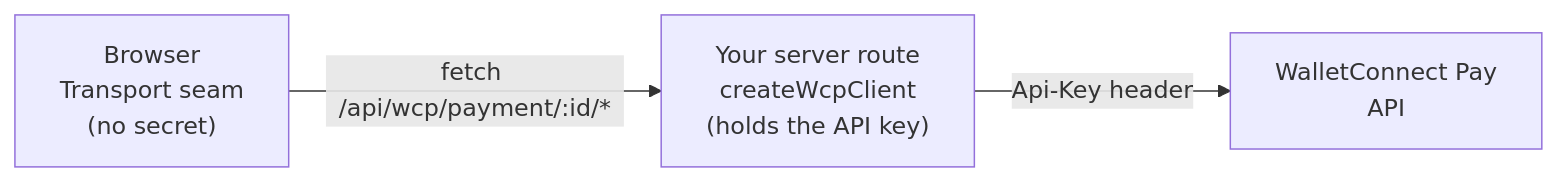
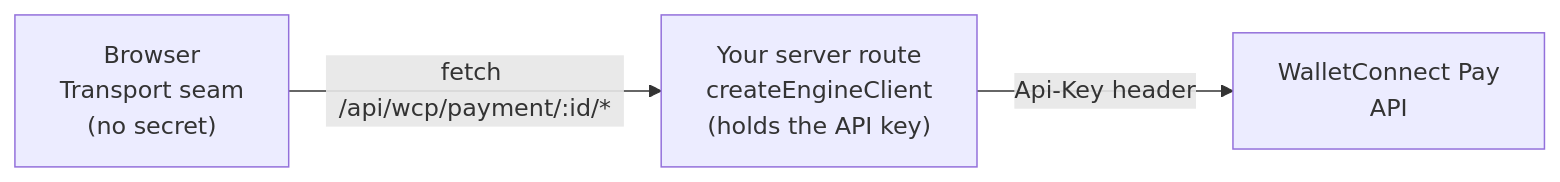
The second of 2 diagrams in payments/psps/headless-sdk/how-it-works.mdx (WalletConnect/docs), drawn with Mermaid before and after one commit. The commit also changed other lines of this file and 2 other files, not shown here.

Commit message:
docs(headless-sdk): revert code-symbol rename, keep WCP prose
#95 renamed the code identifiers (createEngineClient → createWcpClient,
EngineClient → WcpClient, EngineClientConfig → WcpClientConfig) but the
published @walletconnect/pay-core still exports the Engine* names, so the
examples no longer compile. Revert just those symbols; keep all the
Engine→WCP prose. Re-apply the code rename once the package function-name
update ships.

````diff
--- a/payments/psps/headless-sdk/how-it-works.mdx
+++ b/payments/psps/headless-sdk/how-it-works.mdx
@@ -84,9 +84,9 @@
 ```mermaid
 flowchart LR
     Browser["Browser<br/>Transport seam<br/>(no secret)"]
-    Server["Your server route<br/>createWcpClient<br/>(holds the API key)"]
+    Server["Your server route<br/>createEngineClient<br/>(holds the API key)"]
     Wcp["WalletConnect Pay<br/>API"]
 
     Browser -->|"fetch /api/wcp/payment/:id/*"| Server
     Server -->|"Api-Key header"| Wcp
 ```
````
